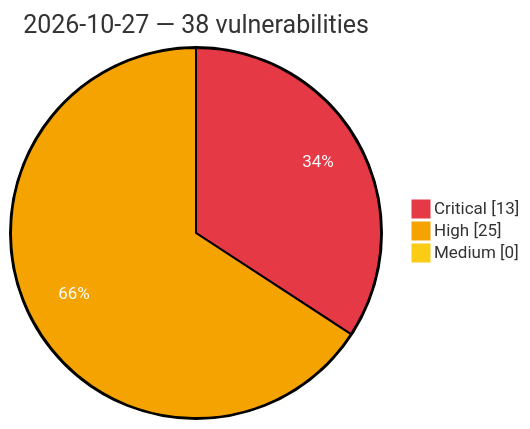
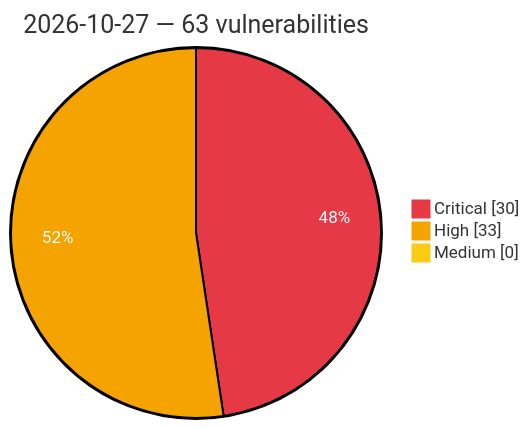
Before and after one commit to GhostX0X/vuln-tracker: the diagram in vulnerabilities/2026/October/2026-10-27.md, drawn with Mermaid. The commit also changed other lines of this file and 5 other files, not shown here.

Commit message:
Auto update: critical/high vulns (2026-10-27 18:16 UTC)

````diff
--- a/vulnerabilities/2026/October/2026-10-27.md
+++ b/vulnerabilities/2026/October/2026-10-27.md
@@ -3,8 +3,8 @@
 ```mermaid
 %%{init: {'theme':'base', 'themeVariables': {'pie1':'#e63946', 'pie2':'#f4a300', 'pie3':'#facc15', 'pieOpacity':'1', 'pieOuterStrokeWidth':'2px', 'pieSectionTextColor':'#ffffff'}}}%%
 pie showData
-    title 2026-10-27 — 38 vulnerabilities
-    "Critical" : 13
-    "High" : 25
+    title 2026-10-27 — 63 vulnerabilities
+    "Critical" : 30
+    "High" : 33
     "Medium" : 0
 ```
````
